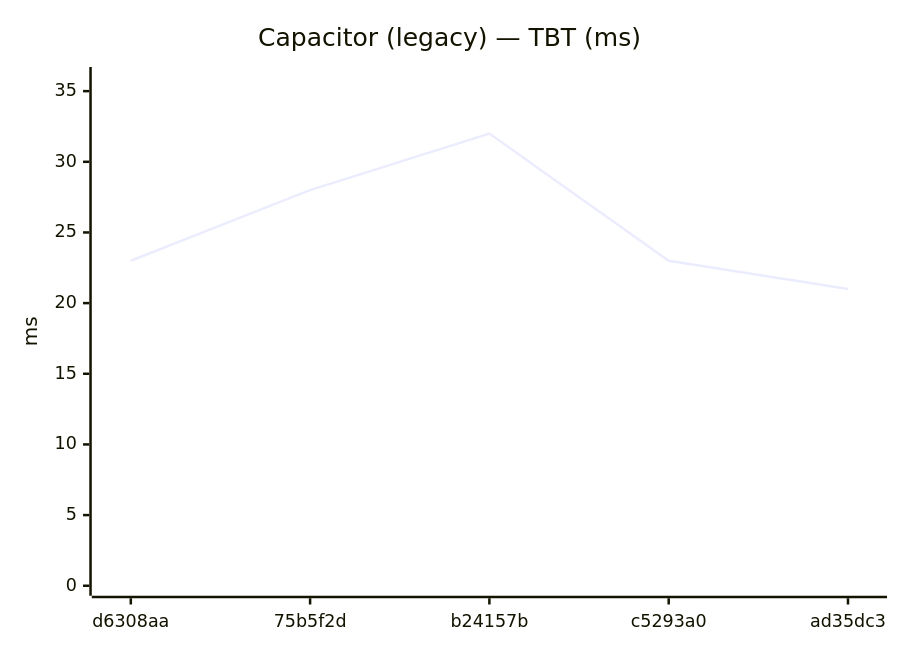
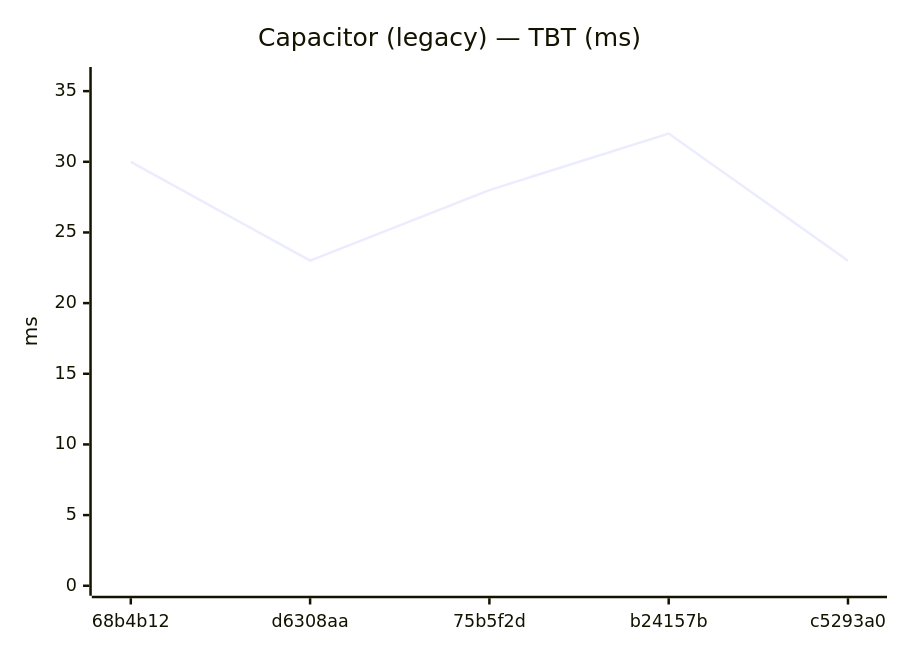
Diagram 14 of 24 in benchmarks/compare.md (Metaheurist/Rianell), drawn with Mermaid before and after one commit. The commit also changed other lines of this file and 14 other files, not shown here.

````diff
--- a/benchmarks/compare.md
+++ b/benchmarks/compare.md
@@ -201,7 +201,7 @@
 ```mermaid
 xychart-beta
     title "Capacitor (legacy) — TBT (ms)"
-    x-axis ["d6308aa", "75b5f2d", "b24157b", "c5293a0", "ad35dc3"]
+    x-axis ["68b4b12", "d6308aa", "75b5f2d", "b24157b", "c5293a0"]
     y-axis "ms" 0 --> 36
-    line [23, 28, 32, 23, 21]
+    line [30, 23, 28, 32, 23]
 ```
````
